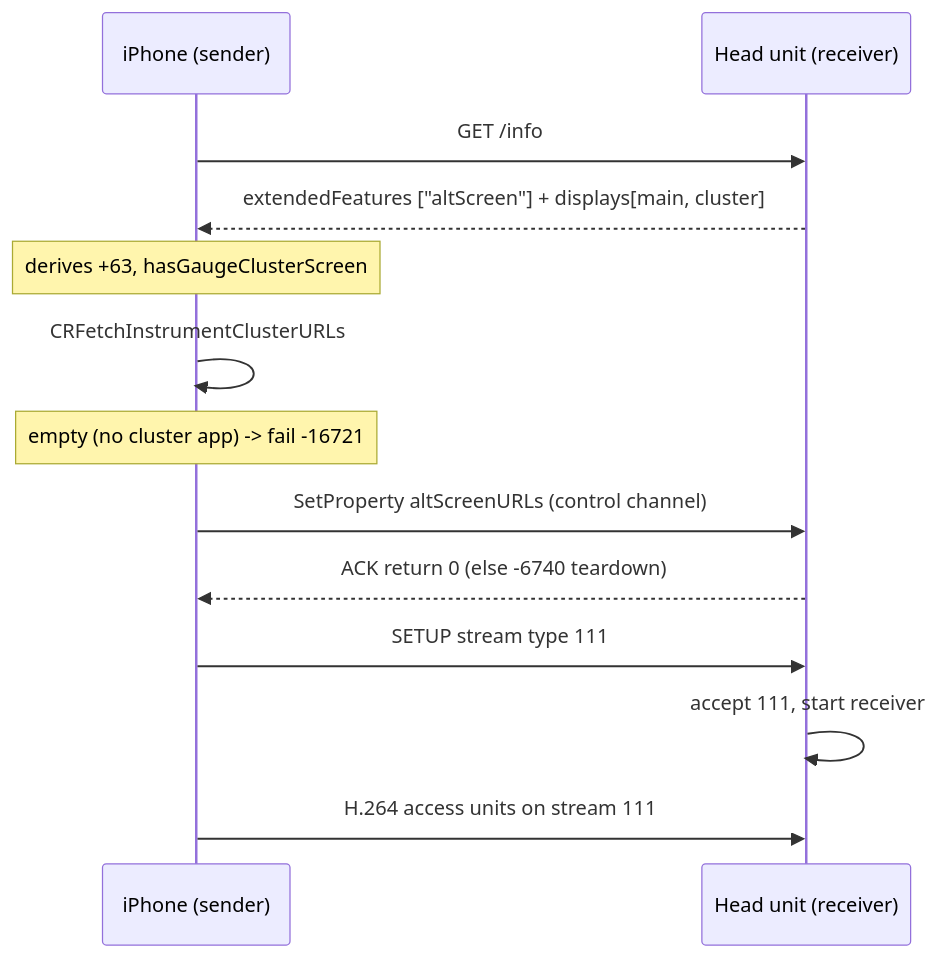
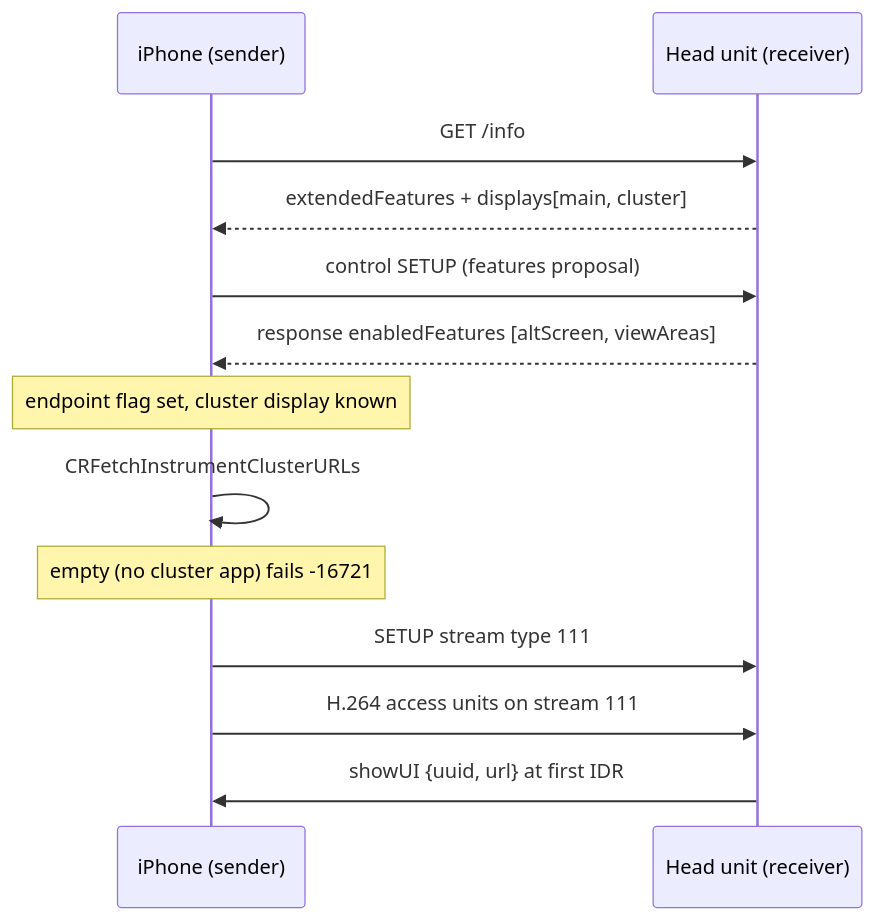
Before and after one commit to luka-dev/mib2q-carplay-rgi: the diagram in docs-obsidian/AltScreen and Video/AltScreen Cluster Video.md, drawn with Mermaid. The commit also changed other lines of this file and 43 other files, not shown here.

````diff
--- a/docs-obsidian/AltScreen and Video/AltScreen Cluster Video.md
+++ b/docs-obsidian/AltScreen and Video/AltScreen Cluster Video.md
@@ -17,17 +17,17 @@
 ```mermaid
 sequenceDiagram
   accTitle: altScreen handshake and stream 111 setup
-  accDescr: Phone reads extendedFeatures and the displays array, fetches cluster URLs, sends altScreenURLs over control, the HU acks, then SETUP creates stream 111.
+  accDescr: The phone reads the info advert, negotiates altScreen in the control SETUP response, sets up stream 111, and the head unit then selects the cluster scene with showUI at the first IDR.
   participant P as iPhone (sender)
   participant H as Head unit (receiver)
   P->>H: GET /info
-  H-->>P: extendedFeatures ["altScreen"] + displays[main, cluster]
-  Note over P: derives +63, hasGaugeClusterScreen
+  H-->>P: extendedFeatures + displays[main, cluster]
+  P->>H: control SETUP (features proposal)
+  H-->>P: response enabledFeatures [altScreen, viewAreas]
+  Note over P: endpoint flag set, cluster display known
   P->>P: CRFetchInstrumentClusterURLs
-  Note over P: empty (no cluster app) -> fail -16721
-  P->>H: SetProperty altScreenURLs (control channel)
-  H-->>P: ACK return 0 (else -6740 teardown)
+  Note over P: empty (no cluster app) fails -16721
   P->>H: SETUP stream type 111
-  H->>H: accept 111, start receiver
   P->>H: H.264 access units on stream 111
+  H->>P: showUI {uuid, url} at first IDR
 ```
````
